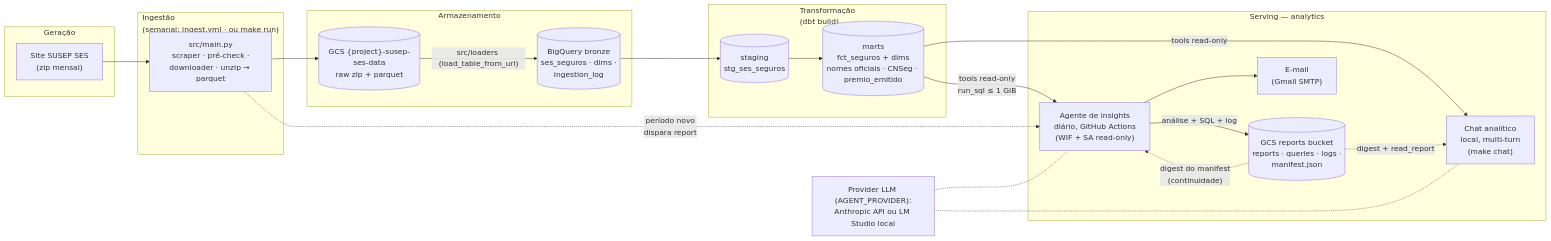
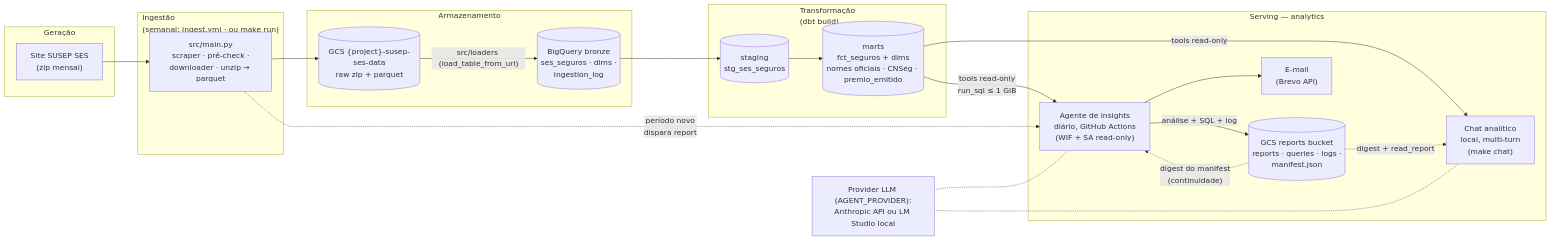
Before and after one commit to willp12/susep_data_pipeline: the diagram in README.md, drawn with Mermaid. The commit also changed other lines of this file and 7 other files, not shown here.

Commit message:
feat(email): replace Gmail SMTP app password with Brevo API

````diff
--- a/README.md
+++ b/README.md
@@ -25,47 +25,47 @@
 ```mermaid
 flowchart LR
     subgraph GER["Geração"]
         SUSEP["Site SUSEP SES<br/>(zip mensal)"]
     end
 
     subgraph ING["Ingestão<br/>(semanal: ingest.yml · ou make run)"]
         PIPE["src/main.py<br/>scraper · pré-check ·<br/>downloader · unzip → parquet"]
     end
 
     subgraph ARM["Armazenamento"]
         S3[("GCS {project}-susep-ses-data<br/>raw zip + parquet")]
         BRZ[("BigQuery bronze<br/>ses_seguros · dims ·<br/>ingestion_log")]
     end
 
     subgraph TRA["Transformação<br/>(dbt build)"]
         STG[("staging<br/>stg_ses_seguros")]
         FCT[("marts<br/>fct_seguros + dims<br/>nomes oficiais · CNSeg · premio_emitido")]
     end
 
     subgraph SRV["Serving — analytics"]
         RUN["Agente de insights<br/>diário, GitHub Actions<br/>(WIF + SA read-only)"]
         GCS[("GCS reports bucket<br/>reports · queries · logs ·<br/>manifest.json")]
-        MAIL["E-mail<br/>(Gmail SMTP)"]
+        MAIL["E-mail<br/>(Brevo API)"]
         CHAT["Chat analítico<br/>local, multi-turn<br/>(make chat)"]
     end
 
     LLM["Provider LLM (AGENT_PROVIDER):<br/>Anthropic API ou LM Studio local"]
 
     SUSEP --> PIPE
     PIPE --> S3
     S3 -->|"src/loaders (load_table_from_uri)"| BRZ
     BRZ --> STG
     STG --> FCT
 
     FCT -->|"tools read-only<br/>run_sql ≤ 1 GiB"| RUN
     FCT -->|"tools read-only"| CHAT
     RUN -->|"análise + SQL + log"| GCS
     RUN --> MAIL
     GCS -.->|"digest do manifest<br/>(continuidade)"| RUN
     GCS -.->|"digest + read_report"| CHAT
 
     PIPE -.->|"período novo<br/>dispara report"| RUN
 
     LLM -.- RUN
     LLM -.- CHAT
 ```
````
